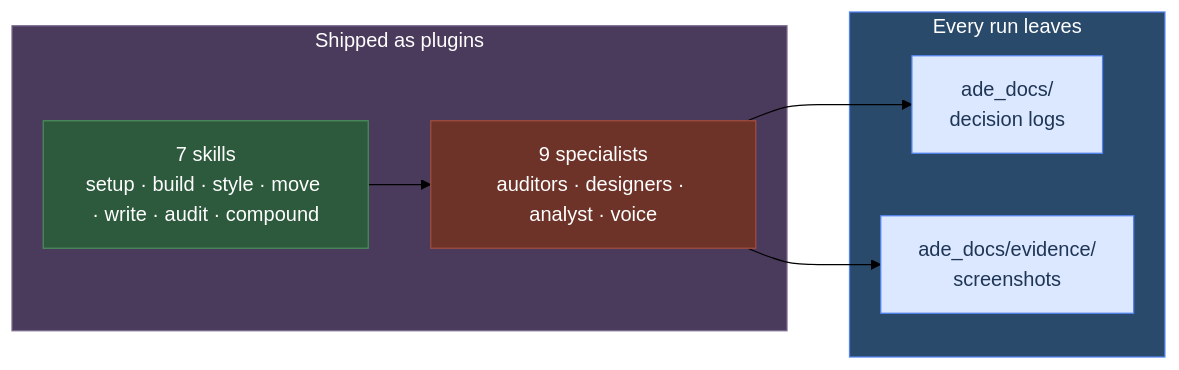
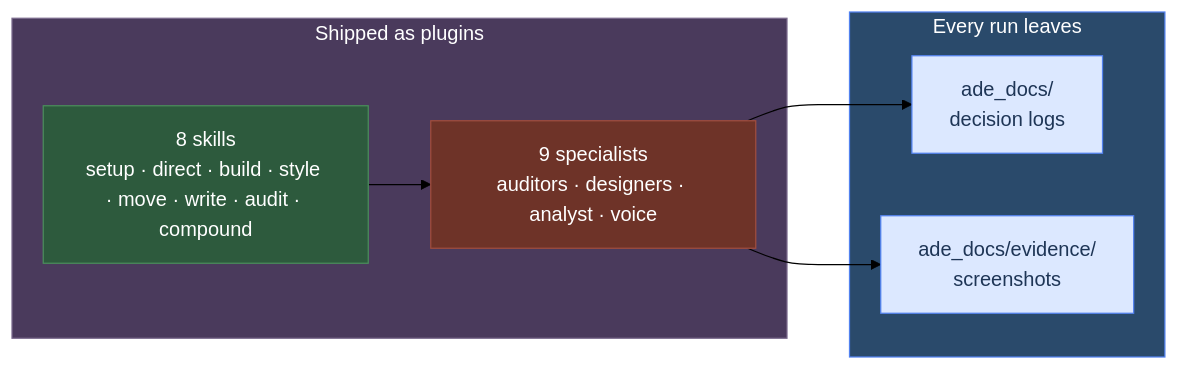
One commit to akshansh/agentic-design-engineering changed the second of 4 diagrams in README.md. Above: the diagram before and after it, drawn with Mermaid (forest theme). The commit also changed other lines of this file and 18 other files, not shown here.

````diff
--- a/README.md
+++ b/README.md
@@ -82,23 +82,23 @@
 ```mermaid
 flowchart LR
     subgraph Package["Shipped as plugins"]
-        Skills["7 skills<br/>setup · build · style · move · write · audit · compound"]
+        Skills["8 skills<br/>setup · direct · build · style · move · write · audit · compound"]
         Agents["9 specialists<br/>auditors · designers · analyst · voice"]
     end
 
     subgraph Proof["Every run leaves"]
         Logs["ade_docs/<br/>decision logs"]
         Evidence["ade_docs/evidence/<br/>screenshots"]
     end
 
     Skills --> Agents
     Agents --> Logs
     Agents --> Evidence
 
     style Package fill:#4a3a5c,stroke:#7a6a8c,color:#fff
     style Skills fill:#2d5a3d,stroke:#4a8c5c,color:#fff
     style Agents fill:#6e3328,stroke:#a04d3e,color:#fff
     style Proof fill:#2a4a6b,stroke:#5282ef,color:#fff
     style Logs fill:#dce8ff,stroke:#5282ef,color:#1e3556
     style Evidence fill:#dce8ff,stroke:#5282ef,color:#1e3556
 ```
````
